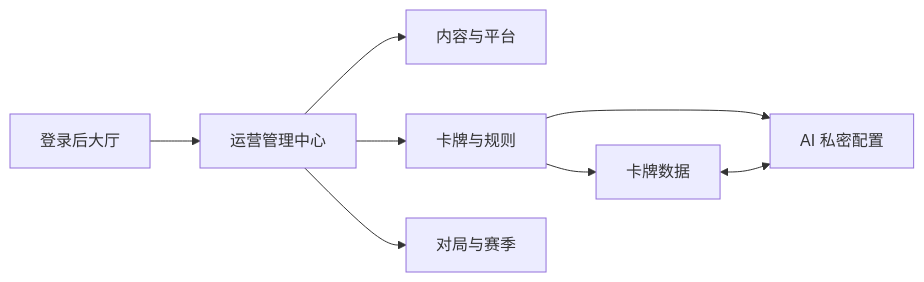
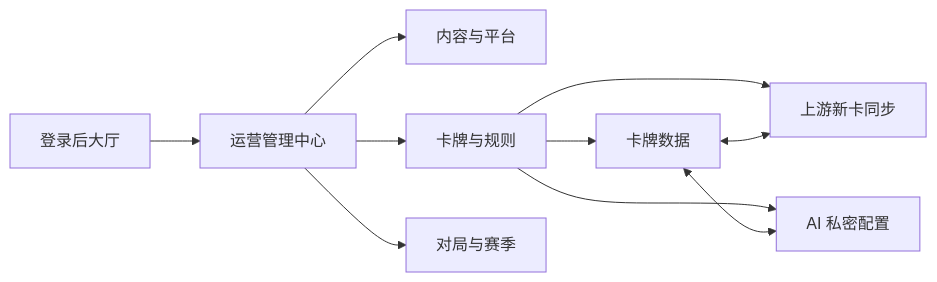
The first of 2 diagrams in docs/admin-center/design.md (catmeow123456/loveca-dev), drawn with Mermaid before and after one commit. The commit also changed other lines of this file and 21 other files, not shown here.

````diff
--- a/docs/admin-center/design.md
+++ b/docs/admin-center/design.md
@@ -11,10 +11,12 @@
 ```mermaid
 flowchart LR
     Home[登录后大厅] --> Center[运营管理中心]
     Center --> Content[内容与平台]
     Center --> Cards[卡牌与规则]
     Center --> Matches[对局与赛季]
     Cards --> CardAdmin[卡牌数据]
+    Cards --> SyncAdmin[上游新卡同步]
     Cards --> AIAdmin[AI 私密配置]
+    CardAdmin <--> SyncAdmin
     CardAdmin <--> AIAdmin
 ```
````
